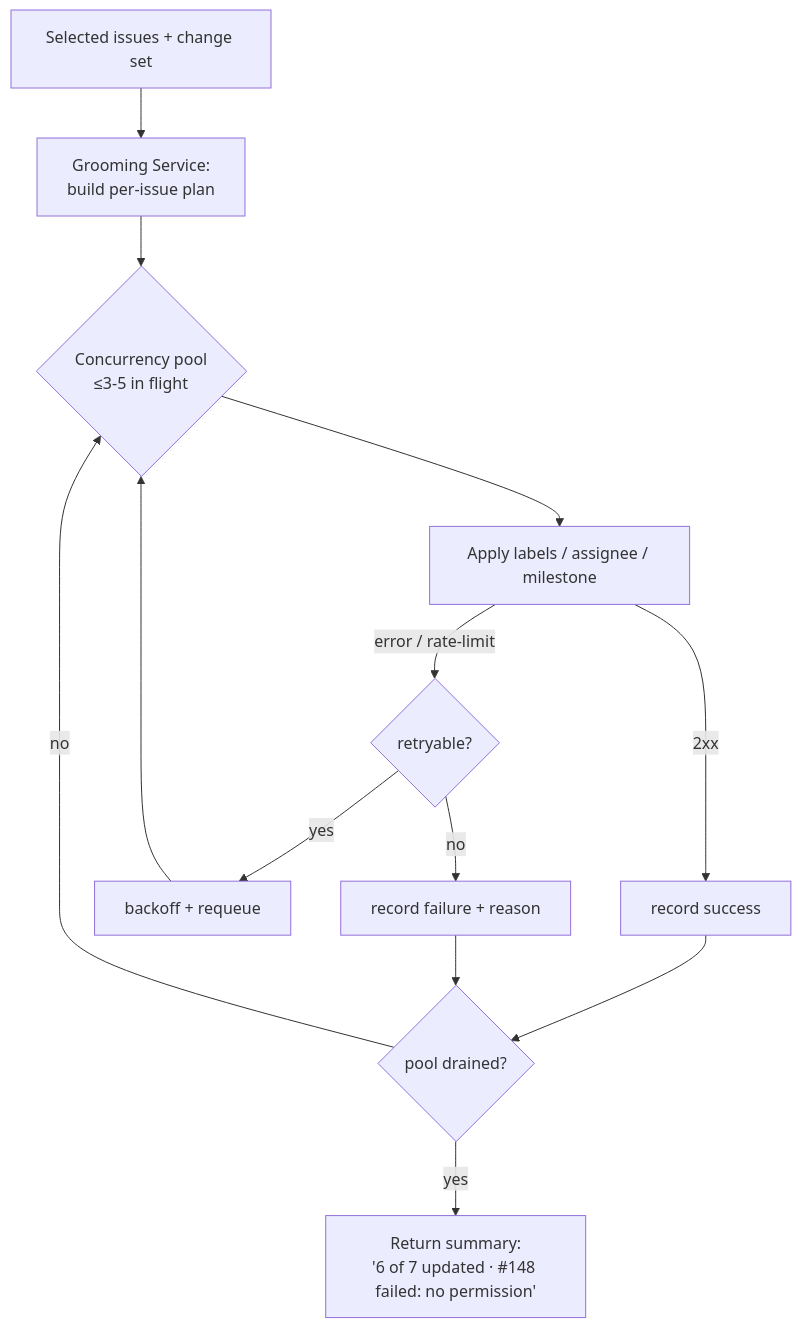
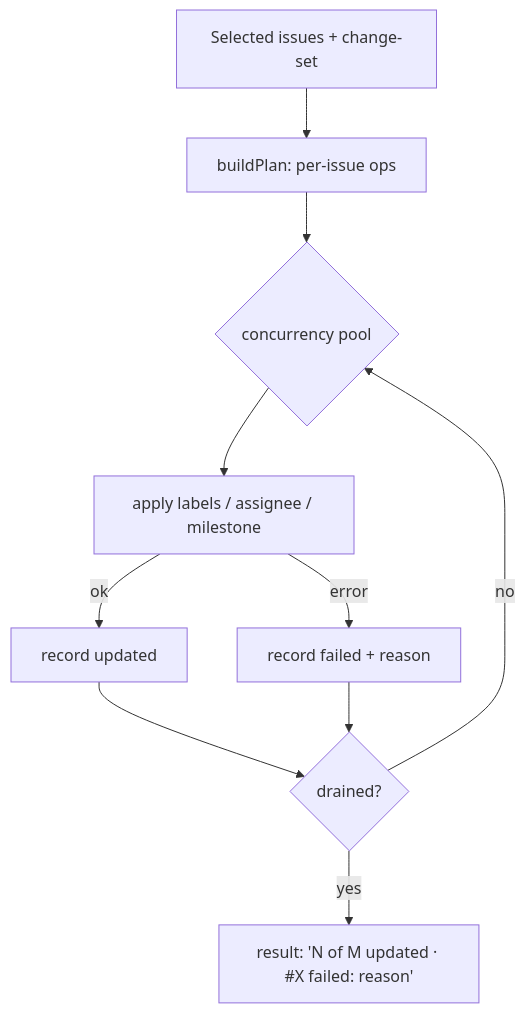
The seventh of 7 diagrams in docs/architecture.md (vedanta/terragon), drawn with Mermaid before and after one commit. The commit also changed other lines of this file and 11 other files, not shown here.

````diff
--- a/docs/architecture.md
+++ b/docs/architecture.md
@@ -258,15 +173,12 @@
 ```mermaid
 flowchart TB
-  Sel[Selected issues + change set] --> Plan[Grooming Service:<br/>build per-issue plan]
-  Plan --> Pool{Concurrency pool<br/>≤3-5 in flight}
-  Pool --> Apply[Apply labels / assignee / milestone]
-  Apply -->|2xx| OK[record success]
-  Apply -->|error / rate-limit| Retry{retryable?}
-  Retry -->|yes| Backoff[backoff + requeue]
-  Retry -->|no| Fail[record failure + reason]
-  Backoff --> Pool
-  OK --> Done{pool drained?}
+  Sel[Selected issues + change-set] --> Plan[buildPlan: per-issue ops]
+  Plan --> Pool{concurrency pool}
+  Pool --> Apply[apply labels / assignee / milestone]
+  Apply -->|ok| OK[record updated]
+  Apply -->|error| Fail[record failed + reason]
+  OK --> Done{drained?}
   Fail --> Done
   Done -->|no| Pool
-  Done -->|yes| Summary[Return summary:<br/>'6 of 7 updated · #148 failed: no permission']
+  Done -->|yes| Sum[result: 'N of M updated · #X failed: reason']
 ```
````
